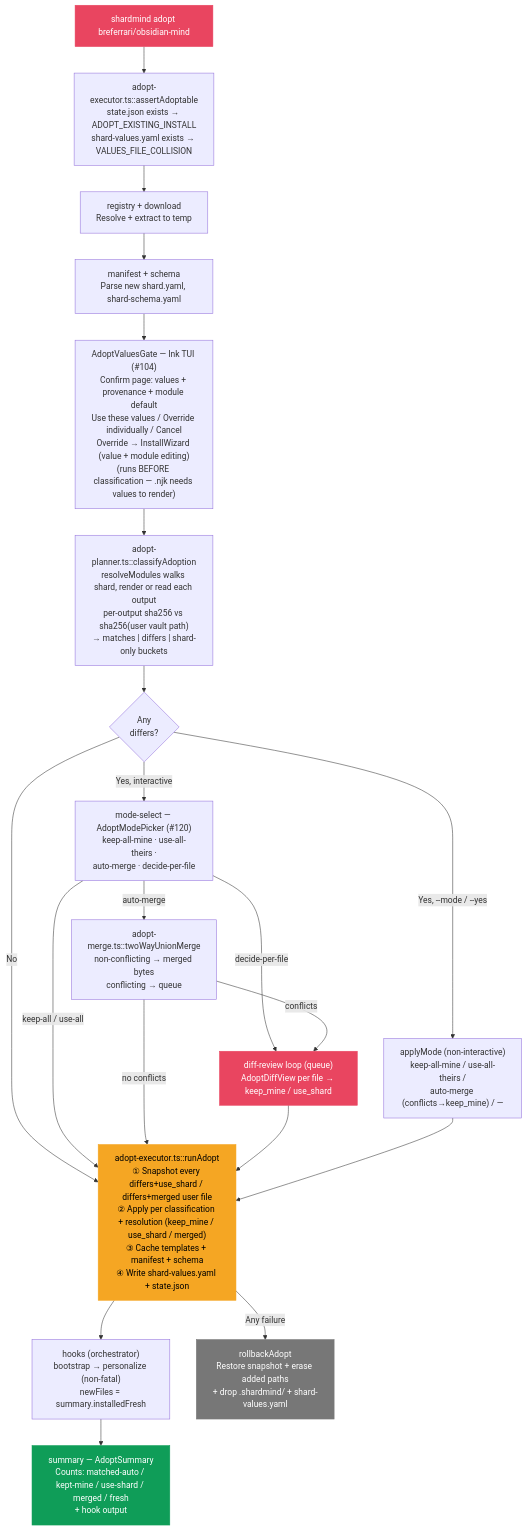
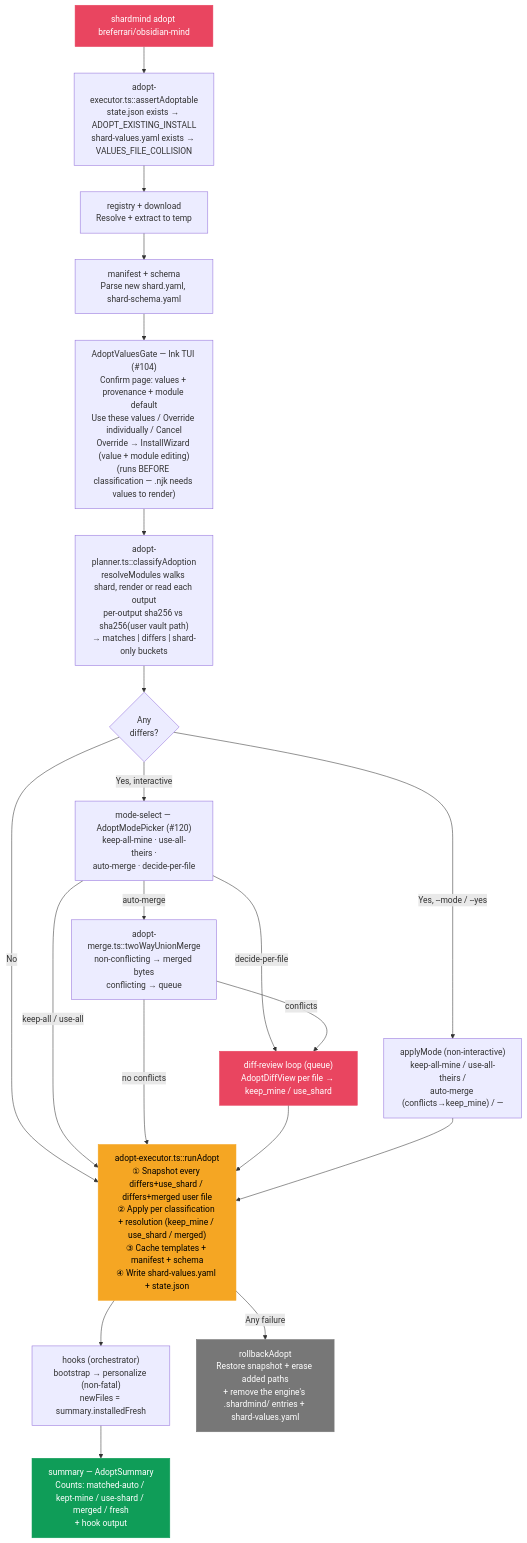
Before and after one commit to breferrari/shardmind: the fourth of 4 diagrams in docs/IMPLEMENTATION.md, drawn with Mermaid. The commit also changed other lines of this file, not shown here.

Commit message:
docs: specify that adopt's rollback removes only its own .shardmind/ entries (#243)

````diff
--- a/docs/IMPLEMENTATION.md
+++ b/docs/IMPLEMENTATION.md
@@ -154,39 +154,39 @@
 ```mermaid
 graph TD
     A["shardmind adopt breferrari/obsidian-mind"] --> P1
     P1["adopt-executor.ts::assertAdoptable<br/>state.json exists → ADOPT_EXISTING_INSTALL<br/>shard-values.yaml exists → VALUES_FILE_COLLISION"] --> B
 
     B["registry + download<br/>Resolve + extract to temp"] --> C
     C["manifest + schema<br/>Parse new shard.yaml, shard-schema.yaml"] --> D
 
     D["AdoptValuesGate — Ink TUI (#104)<br/>Confirm page: values + provenance + module default<br/>Use these values / Override individually / Cancel<br/>Override → InstallWizard (value + module editing)<br/>(runs BEFORE classification — .njk needs values to render)"] --> E
 
     E["adopt-planner.ts::classifyAdoption<br/>resolveModules walks shard, render or read each output<br/>per-output sha256 vs sha256(user vault path)<br/>→ matches | differs | shard-only buckets"] --> F1
 
     F1{Any<br/>differs?}
     F1 -->|"Yes, --mode / --yes"| F2["applyMode (non-interactive)<br/>keep-all-mine / use-all-theirs /<br/>auto-merge (conflicts→keep_mine) / —"]
     F1 -->|Yes, interactive| FM["mode-select — AdoptModePicker (#120)<br/>keep-all-mine · use-all-theirs ·<br/>auto-merge · decide-per-file"]
     F1 -->|No| G
 
     FM -->|keep-all / use-all| G
     FM -->|"auto-merge"| FA["adopt-merge.ts::twoWayUnionMerge<br/>non-conflicting → merged bytes<br/>conflicting → queue"]
     FM -->|decide-per-file| F3
     FA -->|conflicts| F3
     FA -->|no conflicts| G
     F3["diff-review loop (queue)<br/>AdoptDiffView per file → keep_mine / use_shard"] --> G
 
     F2 --> G
 
     G["adopt-executor.ts::runAdopt<br/>① Snapshot every differs+use_shard / differs+merged user file<br/>② Apply per classification + resolution (keep_mine / use_shard / merged)<br/>③ Cache templates + manifest + schema<br/>④ Write shard-values.yaml + state.json"] --> H
 
     H["hooks (orchestrator)<br/>bootstrap → personalize (non-fatal)<br/>newFiles = summary.installedFresh"] --> I
     I["summary — AdoptSummary<br/>Counts: matched-auto / kept-mine / use-shard / merged / fresh<br/>+ hook output"]
 
-    G -->|Any failure| R["rollbackAdopt<br/>Restore snapshot + erase added paths<br/>+ drop .shardmind/ + shard-values.yaml"]
+    G -->|Any failure| R["rollbackAdopt<br/>Restore snapshot + erase added paths<br/>+ remove the engine's .shardmind/ entries + shard-values.yaml"]
 
     style A fill:#e94560,stroke:#e94560,color:#fff
     style F3 fill:#e94560,stroke:#e94560,color:#fff
     style G fill:#f5a623,stroke:#f5a623,color:#000
     style I fill:#0f9d58,stroke:#0f9d58,color:#fff
     style R fill:#777,stroke:#777,color:#fff
 ```
````
